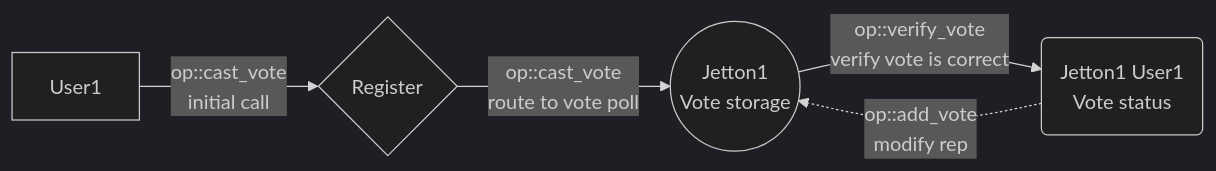
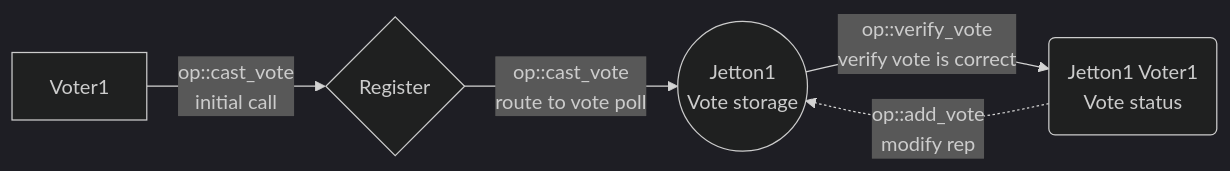
One commit to ston-fi/jvp-core changed the diagram in doc/architecture.md. Above: the diagram before and after it, drawn with Mermaid (dark theme). The commit also changed other lines of this file and 24 other files, not shown here.

````diff
--- a/doc/architecture.md
+++ b/doc/architecture.md
@@ -19,14 +21,14 @@
 ```mermaid
 graph LR
-    A[User1]
+    A[Voter1]
     W{Register}
     B((Jetton1<br/>Vote storage))
-    C(Jetton1 User1<br/>Vote status)
+    C(Jetton1 Voter1<br/>Vote status)
 
     A --> |op::cast_vote<br/>initial call|W
 
     W --> |op::cast_vote<br/>route to vote poll|B
     B --> |op::verify_vote<br/>verify vote is correct|C
     C .-> |op::add_vote<br/>modify rep|B
 
 ```
````
